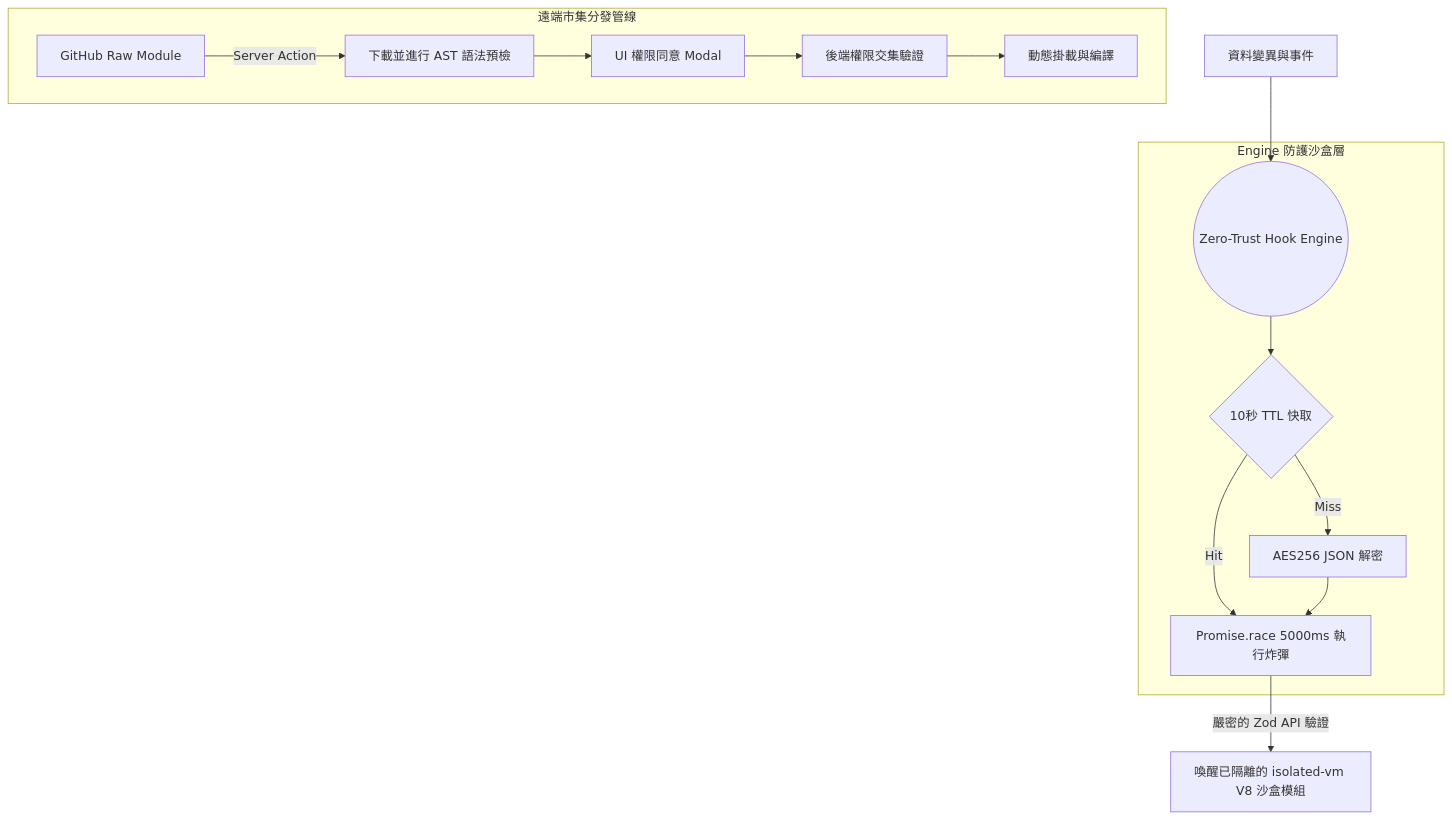
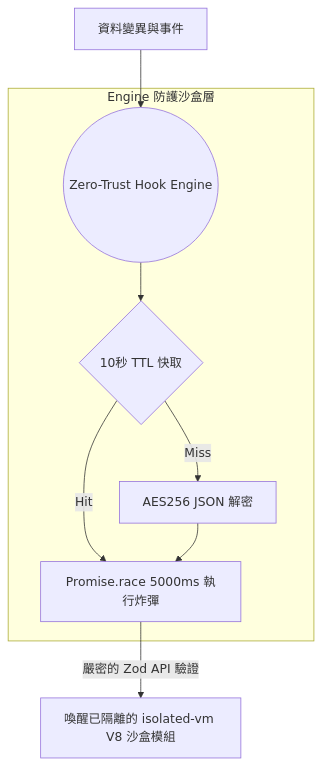
One commit to Cyber-Sec-Space/openticket changed the fourth of 7 diagrams in docs/ARCHITECTURE.zh-TW.md. Above: the diagram before and after it, drawn with Mermaid. The commit also changed other lines of this file and 3 other files, not shown here.

Commit message:
docs: Eradicate Phantom AST Syntax Checker and Remote Registry pipeline hallucinations

````diff
--- a/docs/ARCHITECTURE.zh-TW.md
+++ b/docs/ARCHITECTURE.zh-TW.md
@@ -207,20 +205,13 @@
 ```mermaid
 graph TD
     SystemEvents[資料變異與事件] --> HookEngine((Zero-Trust Hook Engine))
     
     subgraph Execution_Sandbox [Engine 防護沙盒層]
         HookEngine --> CacheCheck{10秒 TTL 快取}
         CacheCheck -- "Miss" --> Decrypt[AES256 JSON 解密]
         CacheCheck -- "Hit" --> Exec[Promise.race 5000ms 執行炸彈]
         Decrypt --> Exec
     end
     
     Exec -->|嚴密的 Zod API 驗證| Plugins[喚醒已隔離的 isolated-vm V8 沙盒模組]
-    
-    subgraph Registry [遠端市集分發管線]
-        RemoteRepo[GitHub Raw Module] -->|Server Action| Download[下載並進行 AST 語法預檢]
-        Download --> UIAuth[UI 權限同意 Modal]
-        UIAuth --> DBIntercept[後端權限交集驗證]
-        DBIntercept --> Build[動態掛載與編譯]
-    end
 ```
````
